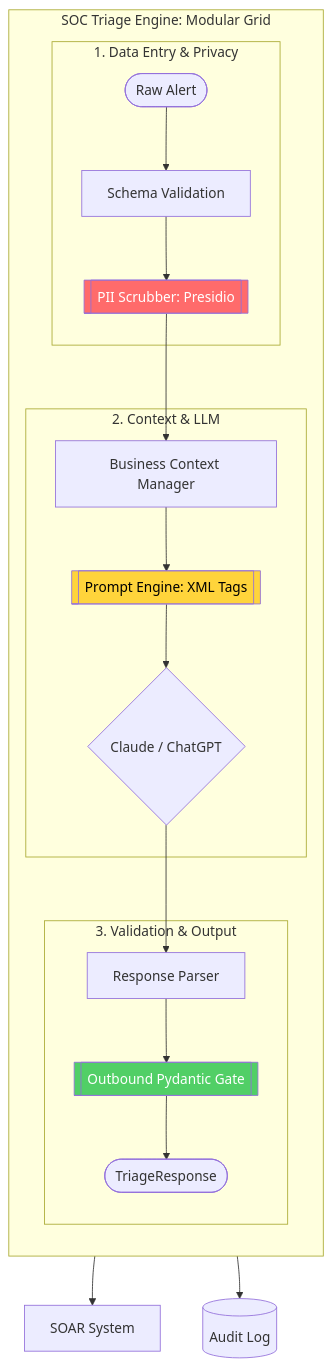
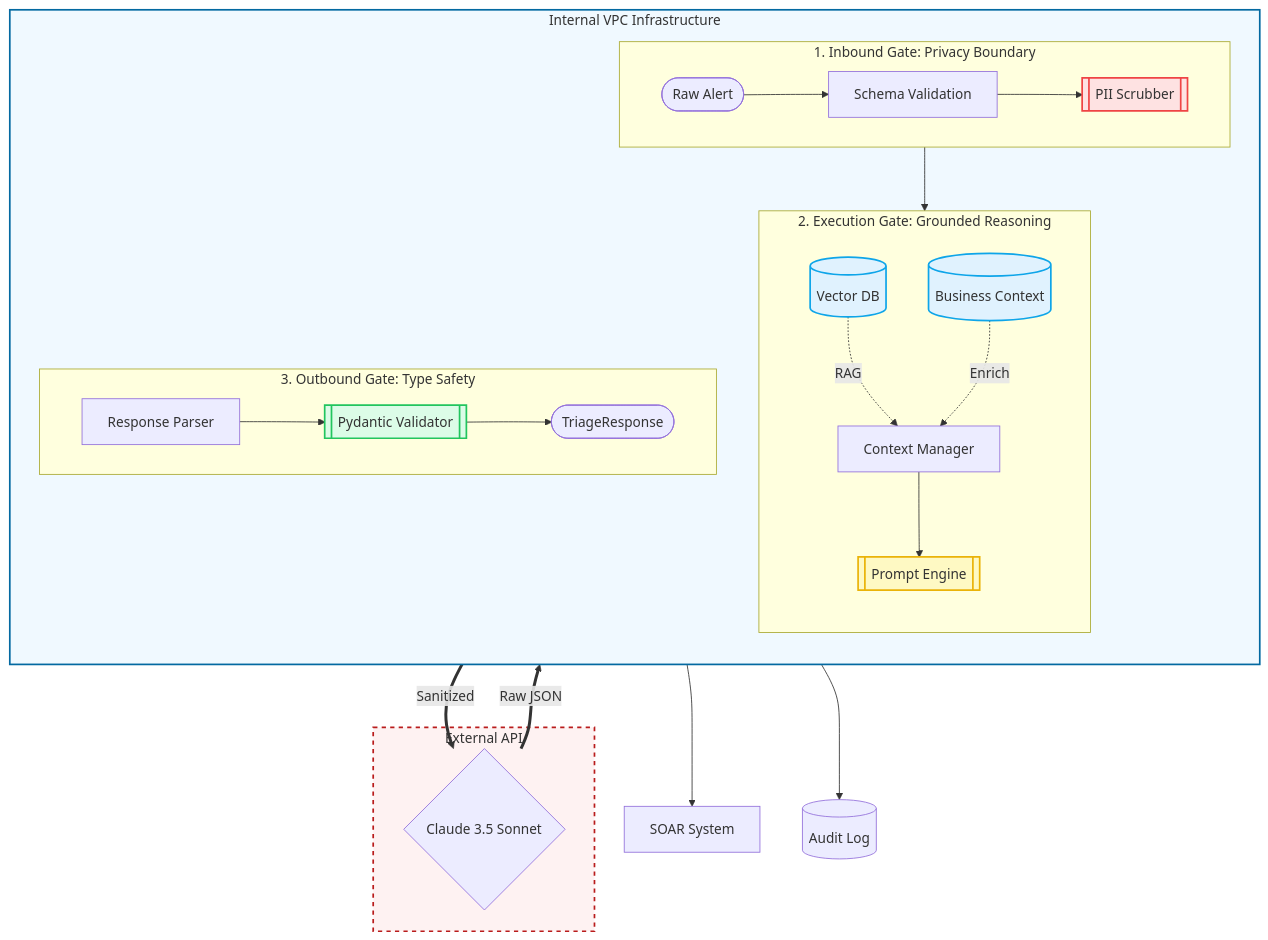
Before and after one commit to mikewolf256/llm-soc-triage: the diagram in README.md, drawn with Mermaid.

Commit message:
Add professional styled diagram with classDef and cleaner layout
Enhanced diagram with production-quality styling:

Visual Improvements:
- classDef for consistent gate styling (red/yellow/green)
- Storage nodes (Vector DB, Business Context) in blue with dotted connections
- External API clearly distinguished with dashed red border
- Internal VPC in light blue showing secure boundary
- Cleaner node labels without verbose text

Three Security Gates:
1. Inbound Gate (Red) - PII Scrubber with Presidio
2. Execution Gate (Yellow) - Prompt Engine with XML delimiters
3. Outbound Gate (Green) - Pydantic Validator for type safety

Architecture Clarity:
- RAG and enrichment shown as dotted lines from storage
- Bold arrows (==>) for external boundary crossing
- Storage cylinders clearly marked (Vector DB, Business Context, Audit Log)
- Final outputs (SOAR, Audit) outside main flow

Result: Professional diagram that renders cleanly across all
Mermaid viewers with consistent styling and clear data flow.

````diff
--- a/README.md
+++ b/README.md
@@ -34,32 +34,45 @@
 ```mermaid
 flowchart TD
-    %% Define the high-level boundary
-    subgraph System ["SOC Triage Engine: Modular Grid"]
+    classDef gate_in fill:#fee2e2,stroke:#ef4444,stroke-width:2px
+    classDef gate_exec fill:#fef9c3,stroke:#eab308,stroke-width:2px
+    classDef gate_out fill:#dcfce7,stroke:#22c55e,stroke-width:2px
+    classDef storage fill:#e0f2fe,stroke:#0ea5e9,stroke-width:2px
+
+    subgraph Internal [" Internal VPC Infrastructure "]
         direction TB
 
-        subgraph Inbound ["1. Data Entry & Privacy"]
-            A([Raw Alert]) --> B[Schema Validation]
-            B --> C[[PII Scrubber: Presidio]]
+        subgraph Inbound ["1. Inbound Gate: Privacy Boundary"]
+            direction LR
+            A([Raw Alert]) --> Val1[Schema Validation]
+            Val1 --> Scrub[[PII Scrubber]]:::gate_in
         end
 
-        subgraph Reasoning ["2. Context & LLM"]
-            C --> D[Business Context Manager]
-            D --> E[[Prompt Engine: XML Tags]]
-            E --> F{Claude / ChatGPT}
+        subgraph Reasoning ["2. Execution Gate: Grounded Reasoning"]
+            direction TB
+            
+            Scrub --> Context[Context Manager]
+            VDB[(Vector DB)]:::storage -.->|RAG| Context
+            BIZ[(Business Context)]:::storage -.->|Enrich| Context
+            Context --> Prompt[[Prompt Engine]]:::gate_exec
         end
 
-        subgraph Resolution ["3. Validation & Output"]
-            F --> G[Response Parser]
-            G --> H[[Outbound Pydantic Gate]]
-            H --> I([TriageResponse])
+        subgraph Outbound ["3. Outbound Gate: Type Safety"]
+            direction LR
+            Parse[Response Parser] --> Val2[[Pydantic Validator]]:::gate_out
+            Val2 --> Final([TriageResponse])
         end
     end
 
-    I --> SOAR[SOAR System]
-    I --> Audit[(Audit Log)]
+    subgraph External [" External API "]
+        LLM{Claude 3.5 Sonnet}
+    end
 
-    %% Highlighting the Safety Gates
-    style C fill:#ff6b6b,color:#fff
-    style E fill:#ffd43b,color:#000
-    style H fill:#51cf66,color:#fff
+    Prompt ==>|Sanitized| LLM
+    LLM ==>|Raw JSON| Parse
+    
+    Final --> SOAR[SOAR System]
+    Final --> Audit[(Audit Log)]
+    
+    style Internal fill:#f0f9ff,stroke:#0369a1,stroke-width:2px
+    style External fill:#fef2f2,stroke:#b91c1c,stroke-width:2px,stroke-dasharray: 5 5
 ```
````
